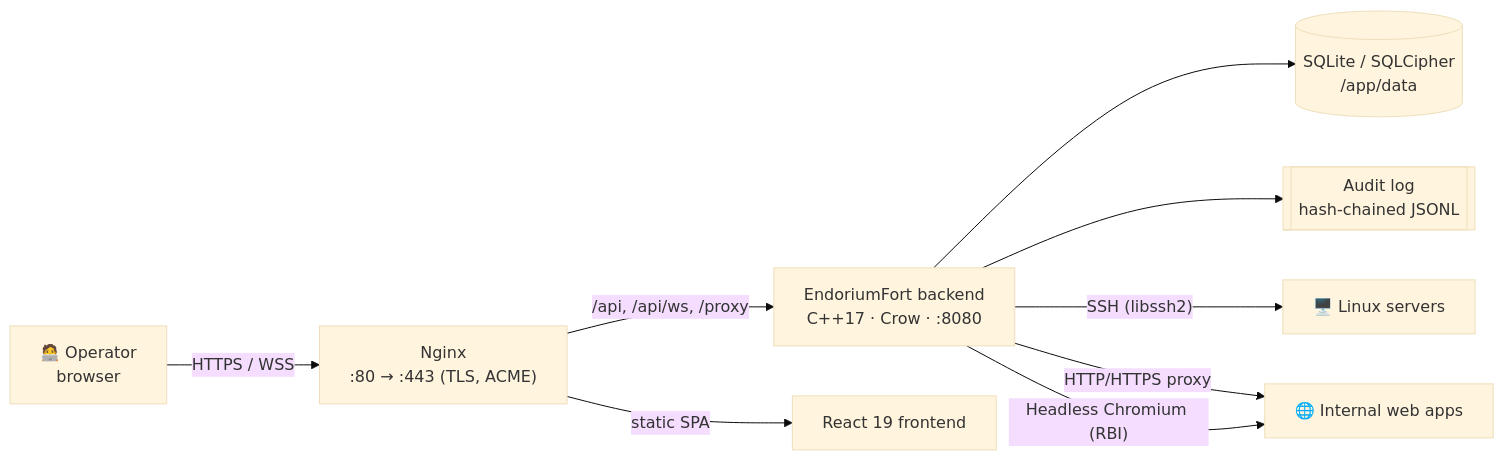
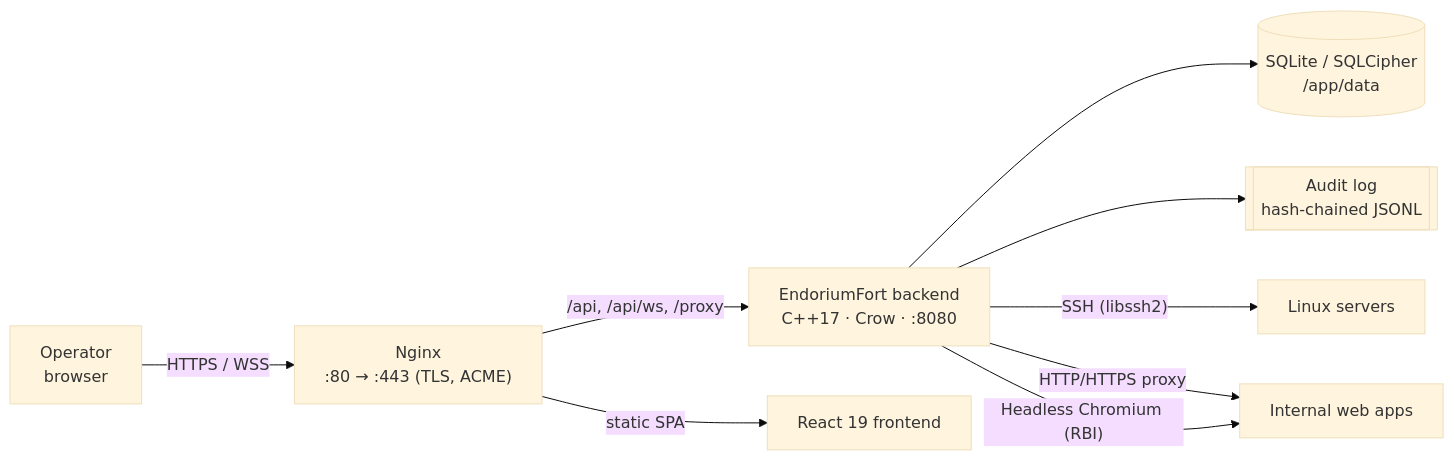
The diagram in README.md (Endorium-Group/EndoriumFort-CE), drawn with Mermaid (base theme) before and after one commit. The commit also changed other lines of this file, not shown here.

````diff
--- a/README.md
+++ b/README.md
@@ -137,11 +137,11 @@
 ```mermaid
 flowchart LR
-    U["🧑‍💻 Operator<br/>browser"] -- "HTTPS / WSS" --> N["Nginx<br/>:80 → :443 (TLS, ACME)"]
+    U["Operator<br/>browser"] -- "HTTPS / WSS" --> N["Nginx<br/>:80 → :443 (TLS, ACME)"]
     N -- "/api, /api/ws, /proxy" --> B["EndoriumFort backend<br/>C++17 · Crow · :8080"]
     N -- "static SPA" --> F["React 19 frontend"]
     B --> DB[("SQLite / SQLCipher<br/>/app/data")]
     B --> A[["Audit log<br/>hash-chained JSONL"]]
-    B -- "SSH (libssh2)" --> T1["🖥️ Linux servers"]
-    B -- "HTTP/HTTPS proxy" --> T2["🌐 Internal web apps"]
+    B -- "SSH (libssh2)" --> T1["Linux servers"]
+    B -- "HTTP/HTTPS proxy" --> T2["Internal web apps"]
     B -- "Headless Chromium (RBI)" --> T2
 ```
````
